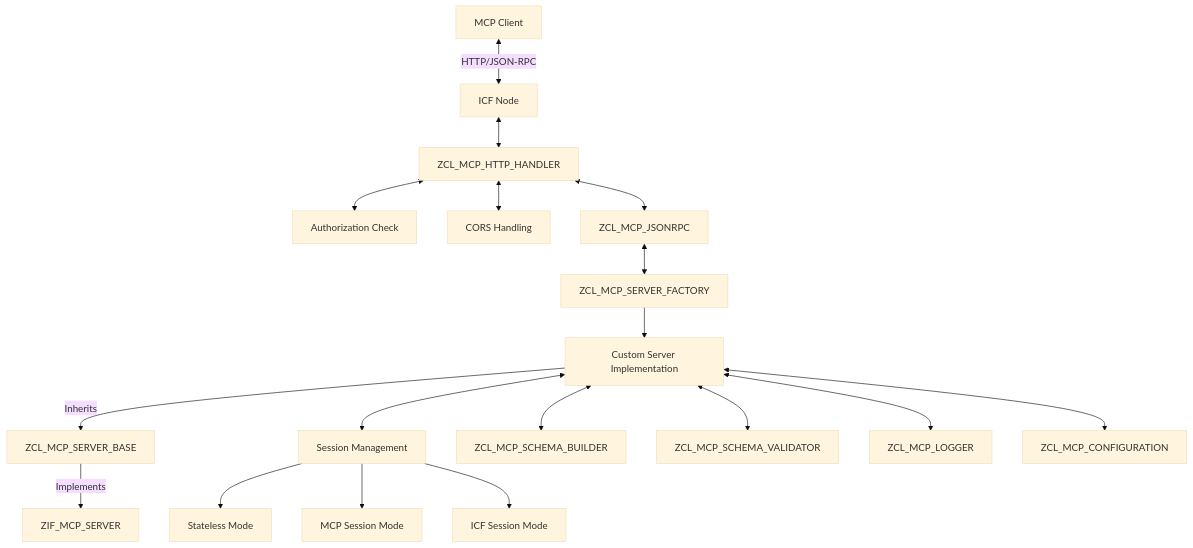
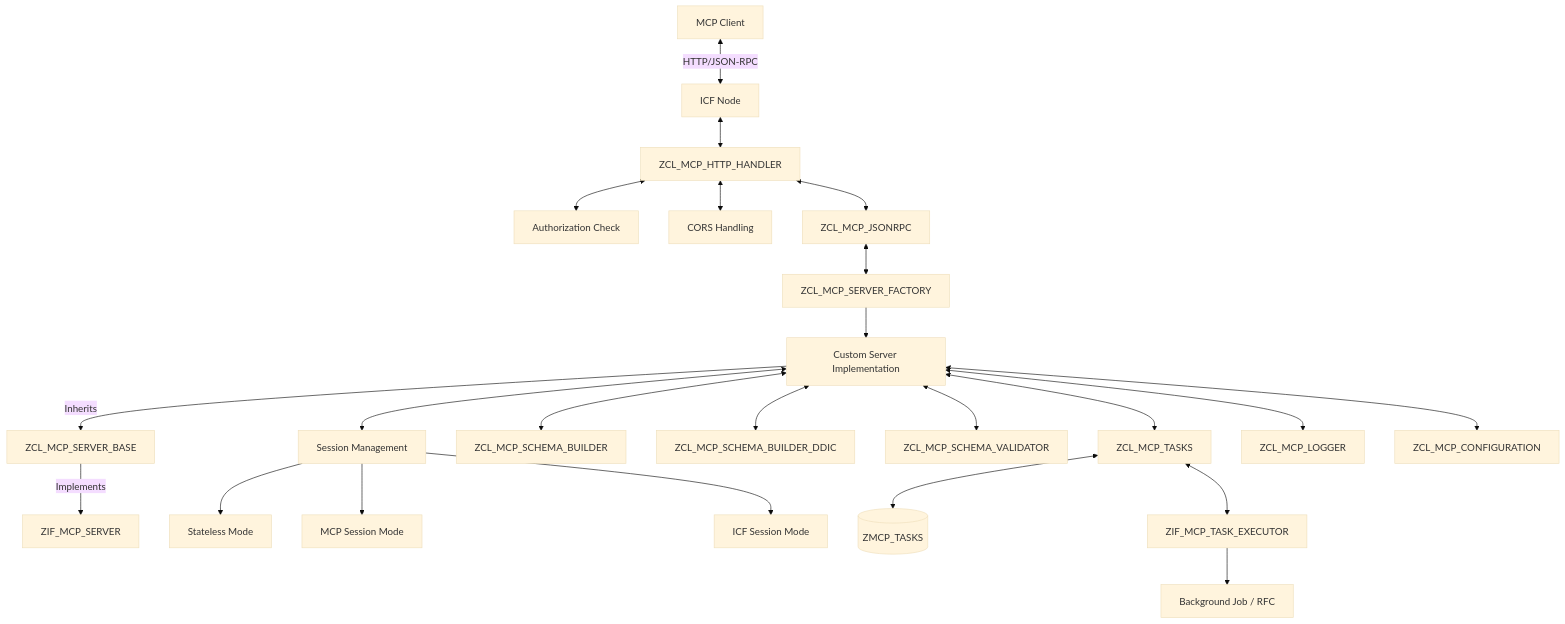
One commit to abap-ai/mcp changed the diagram in docs/Overview.md. Above: the diagram before and after it, drawn with Mermaid (base theme). The commit also changed other lines of this file and 110 other files, not shown here.

````diff
--- a/docs/Overview.md
+++ b/docs/Overview.md
@@ -38,20 +40,25 @@
 ```mermaid
 graph TD
     Client[MCP Client] <-->|HTTP/JSON-RPC| ICF[ICF Node]
     ICF <--> Handler[ZCL_MCP_HTTP_HANDLER]
     Handler <--> Auth[Authorization Check]
     Handler <--> CORS[CORS Handling]
     Handler <--> JSONRPC[ZCL_MCP_JSONRPC]
     JSONRPC <--> ServerFactory[ZCL_MCP_SERVER_FACTORY]
     ServerFactory --> ServerImpl[Custom Server Implementation]
     ServerImpl -->|Inherits| ServerBase[ZCL_MCP_SERVER_BASE]
     ServerBase -->|Implements| ServerInterface[ZIF_MCP_SERVER]
     ServerImpl <--> SessionMgmt[Session Management]
     SessionMgmt --> Stateless[Stateless Mode]
     SessionMgmt --> MCPSession[MCP Session Mode]
     SessionMgmt --> ICFSession[ICF Session Mode]
     ServerImpl <--> SchemaBuilder[ZCL_MCP_SCHEMA_BUILDER]
+    ServerImpl <--> SchemaDDIC[ZCL_MCP_SCHEMA_BUILDER_DDIC]
     ServerImpl <--> SchemaValidator[ZCL_MCP_SCHEMA_VALIDATOR]
+    ServerImpl <--> Tasks[ZCL_MCP_TASKS]
+    Tasks <--> TaskDB[(ZMCP_TASKS)]
+    Tasks <--> TaskExecutor[ZIF_MCP_TASK_EXECUTOR]
+    TaskExecutor --> BgJob[Background Job / RFC]
     ServerImpl <--> Logger[ZCL_MCP_LOGGER]
     ServerImpl <--> Config[ZCL_MCP_CONFIGURATION]
 ```
````
